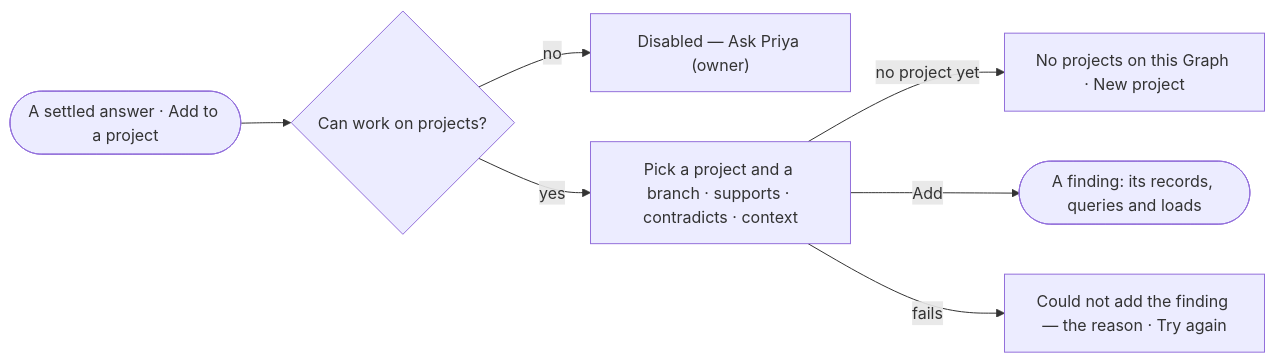
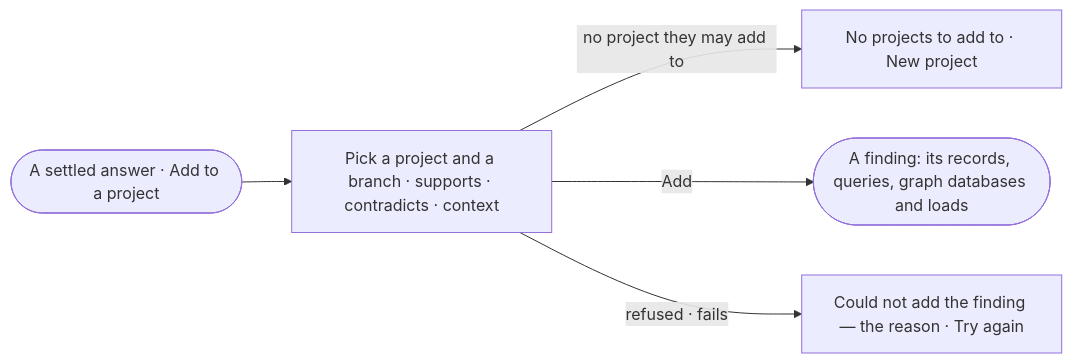
One commit to invana/invana changed the diagram in specs/capabilities/explore/features/EX-F02-share-and-present-an-answer/stories/EX-12-add-an-answer-to-a-project/story.md. Above: the diagram before and after it, drawn with Mermaid. The commit also changed other lines of this file and 522 other files, not shown here.

````diff
--- a/specs/capabilities/explore/features/EX-F02-share-and-present-an-answer/stories/EX-12-add-an-answer-to-a-project/story.md
+++ b/specs/capabilities/explore/features/EX-F02-share-and-present-an-answer/stories/EX-12-add-an-answer-to-a-project/story.md
@@ -26,9 +26,7 @@
 ```mermaid
 flowchart LR
-  a([A settled answer · Add to a project]) --> g{Can work on projects?}
-  g -->|no| n["Disabled — Ask Priya (owner)"]
-  g -->|yes| p["Pick a project and a branch · supports · contradicts · context"]
-  p -->|no project yet| e["No projects on this Graph · New project"]
-  p -->|Add| f(["A finding: its records, queries and loads"])
-  p -->|fails| x["Could not add the finding — the reason · Try again"]
+  a([A settled answer · Add to a project]) --> p["Pick a project and a branch · supports · contradicts · context"]
+  p -->|no project they may add to| e["No projects to add to · New project"]
+  p -->|Add| f(["A finding: its records, queries, graph databases and loads"])
+  p -->|refused · fails| x["Could not add the finding — the reason · Try again"]
 ```
````
